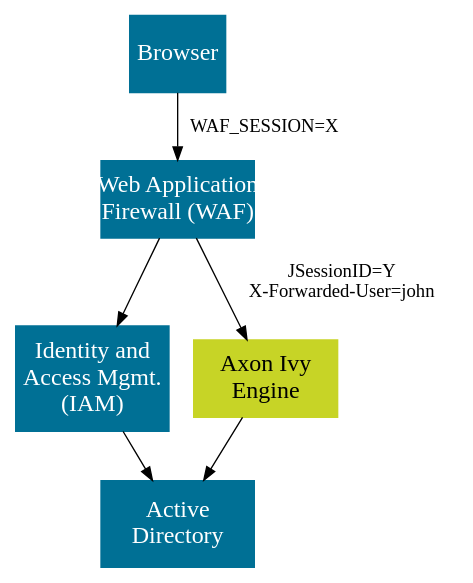
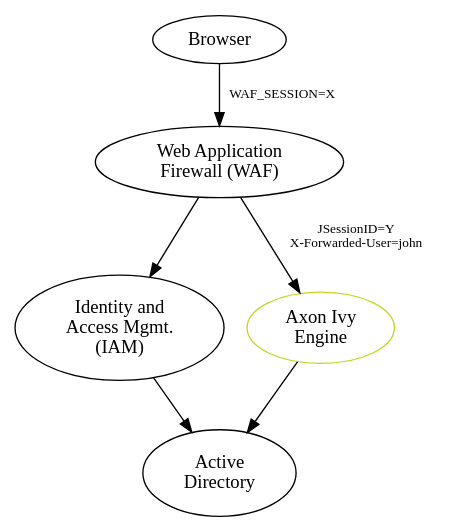
One commit to bernhardAxonIvy/doc changed the diagram in source/engine-guide/integration/single-sign-on/web-application-firewall/overview.dot. Above: the diagram before and after it, drawn with Graphviz. The commit also changed 10 other files, not shown here.

Commit message:
Move gneric graphizv definitions to build container

```diff
--- a/source/engine-guide/integration/single-sign-on/web-application-firewall/overview.dot
+++ b/source/engine-guide/integration/single-sign-on/web-application-firewall/overview.dot
@@ -1,26 +1,16 @@
 
 digraph overview {
-  node [
-    shape=box, 
-    style=filled,
-    margin=0 width=2 height=0.8
-    fontcolor="white",    
-    color="#007095",
-    fixedsize=true,
-    fontsize=18
-  ];
+  browser [label="Browser" pos = "0,3!" width=1];
 
-  browser [ label="Browser", pos = "0,3!", width=1];
-
-  waf [ label="Web Application\nFirewall (WAF)",pos = "3.5,3!" width=1.6];
-  iam [ label="Identity and\nAccess Mgmt.\n(IAM)",pos = "3.5,1.5!" height=1.1 width=1.6];
-  ad [ label="Active\nDirectory",pos = "3.5,0!" height=0.9 width=1.6];
+  waf [label="Web Application\nFirewall (WAF)" pos = "3.5,3!" width=1.6];
+  iam [label="Identity and\nAccess Mgmt.\n(IAM)" pos = "3.5,1.5!" height=1.1 width=1.6];
+  ad [label="Active\nDirectory" pos="3.5,0!" height=0.9 width=1.6];
  
-  engine [label="Axon Ivy\nEngine", pos="7,3!", width="1.5", color="#C7D426", fontcolor="black"];
+  engine [label="Axon Ivy\nEngine" pos="7,3!" width="1.5" color="#C7D426" fontcolor="black"];
   
-  browser -> waf [ label="WAF_SESSION=X"];
-  waf -> engine [ label="JSessionID=Y\nX-Forwarded-User=john"];
+  browser -> waf [label="WAF_SESSION=X" fontsize=10];
+  waf -> engine [label="JSessionID=Y\nX-Forwarded-User=john" fontsize=10];
   engine -> ad;
   iam -> ad;
   waf -> iam;
 }
```
